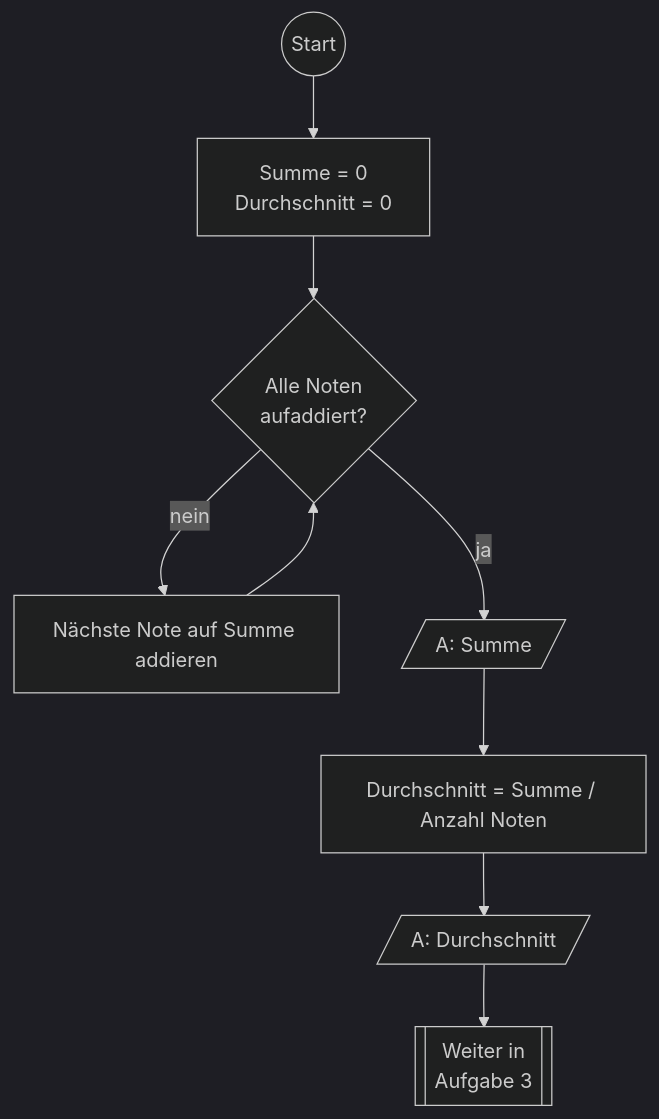
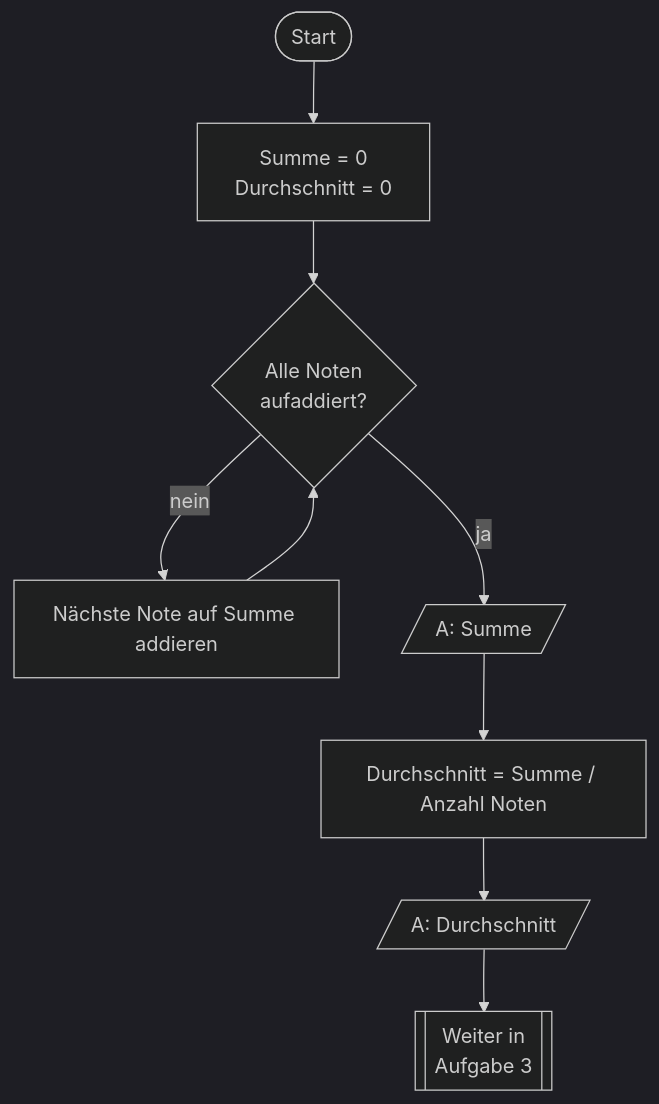
Before and after one commit to SRH-PAU-Testorganisation/2369-2469-Prog-M2-Assignments: the second of 3 diagrams in _10_CodeToPap/GradeCalcPAP_Solution.md, drawn with Mermaid (dark theme). The commit also changed other lines of this file and 4 other files, not shown here.

````diff
--- a/_10_CodeToPap/GradeCalcPAP_Solution.md
+++ b/_10_CodeToPap/GradeCalcPAP_Solution.md
@@ -36,20 +36,20 @@
 ```mermaid
 flowchart
-    Start((Start))
+    Start([Start])
     -->
     Init[Summe = 0\nDurchschnitt = 0]
     -->
     ForGrAmount{Alle Noten\n aufaddiert?}
     --nein-->
     Add[Nächste Note auf Summe addieren]
     -->
     ForGrAmount
     --ja-->
     OutpSum[/"A: Summe"/]
     -->
     CalcAvg[Durchschnitt = Summe / Anzahl Noten]
     -->
     OutpAvg[/"A: Durchschnitt"/]
     -->
     Next[[Weiter in\nAufgabe 3]]
 ```
````
